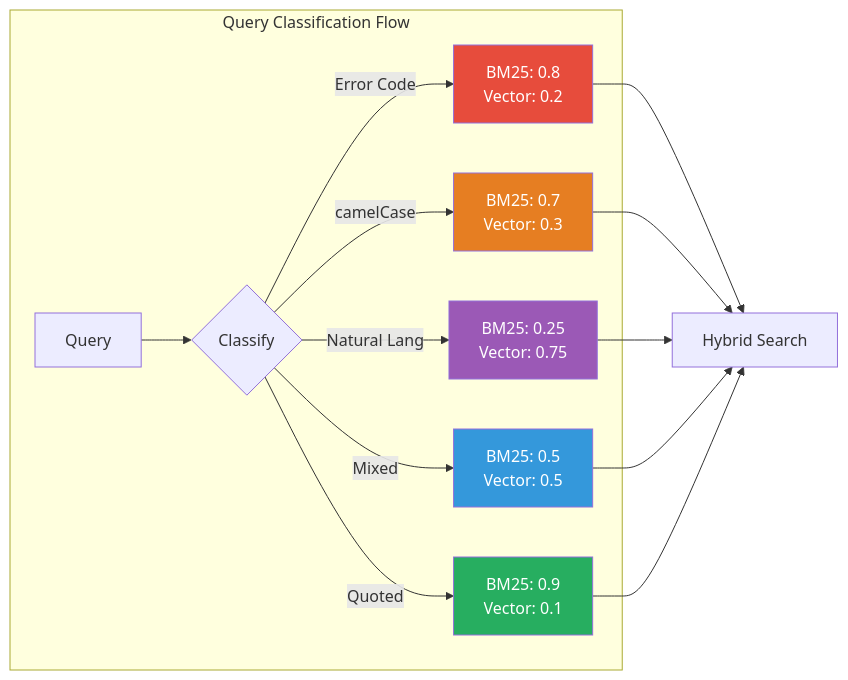
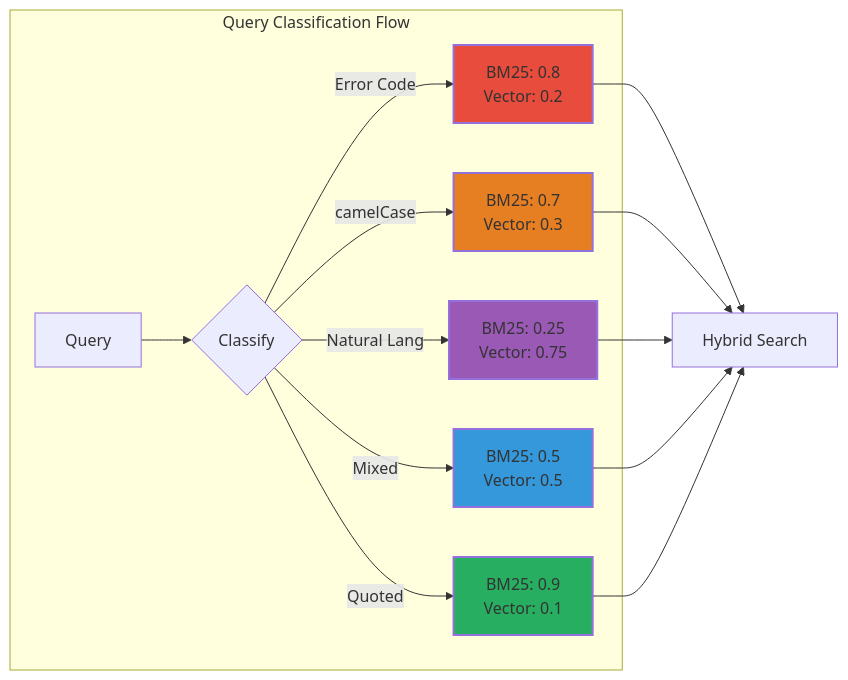
The seventh of 27 diagrams in docs/reference/architecture/architecture.md (sampi02/amanmcp), drawn with Mermaid before and after one commit. The commit also changed other lines of this file and 59 other files, not shown here.

````diff
--- a/docs/reference/architecture/architecture.md
+++ b/docs/reference/architecture/architecture.md
@@ -308,26 +513,26 @@
 ```mermaid
 flowchart LR
     subgraph Classification["Query Classification Flow"]
         Q[Query] --> Classify{Classify}
 
         Classify -->|Error Code| EC["BM25: 0.8<br/>Vector: 0.2"]
         Classify -->|camelCase| CC["BM25: 0.7<br/>Vector: 0.3"]
         Classify -->|Natural Lang| NL["BM25: 0.25<br/>Vector: 0.75"]
         Classify -->|Mixed| MX["BM25: 0.5<br/>Vector: 0.5"]
         Classify -->|Quoted| QT["BM25: 0.9<br/>Vector: 0.1"]
     end
 
     EC --> Search
     CC --> Search
     NL --> Search
     MX --> Search
     QT --> Search
 
     Search[Hybrid Search]
 
-    style EC fill:#e74c3c,color:#fff
-    style CC fill:#e67e22,color:#fff
-    style NL fill:#9b59b6,color:#fff
-    style MX fill:#3498db,color:#fff
-    style QT fill:#27ae60,color:#fff
+    style EC fill:#e74c3c,stroke-width:2px
+    style CC fill:#e67e22,stroke-width:2px
+    style NL fill:#9b59b6,stroke-width:2px
+    style MX fill:#3498db,stroke-width:2px
+    style QT fill:#27ae60,stroke-width:2px
 ```
````
